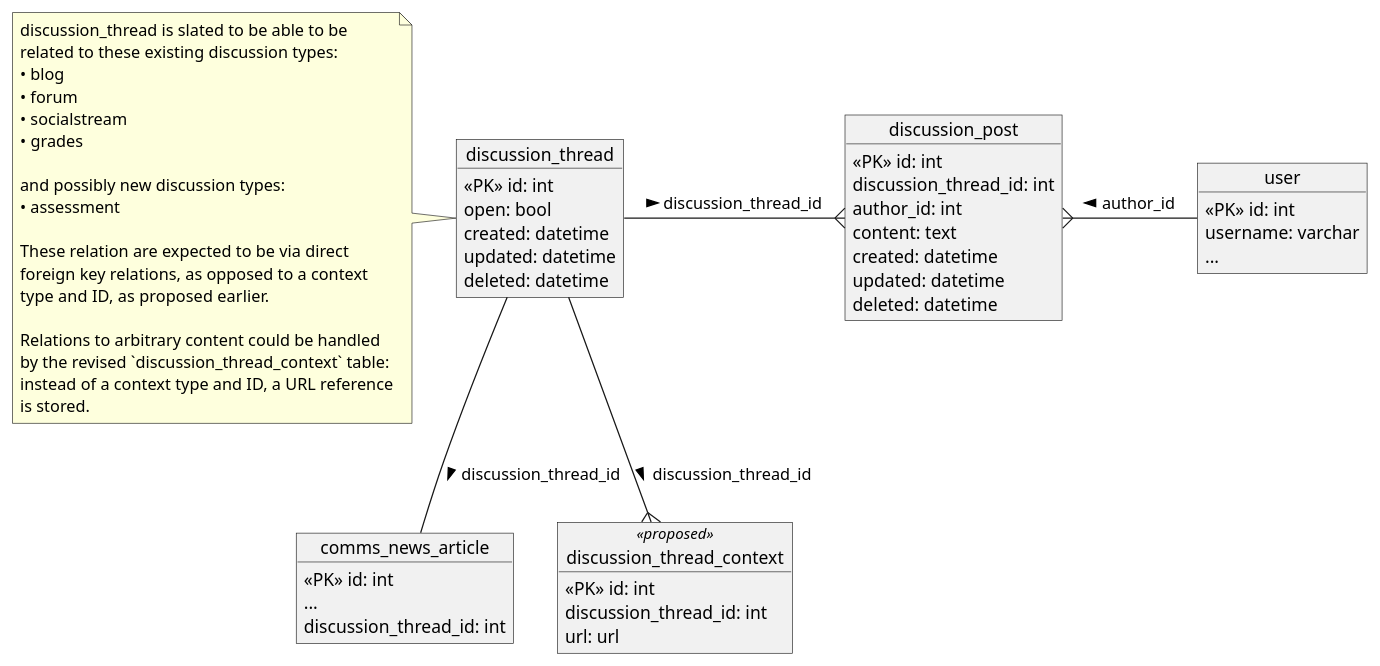
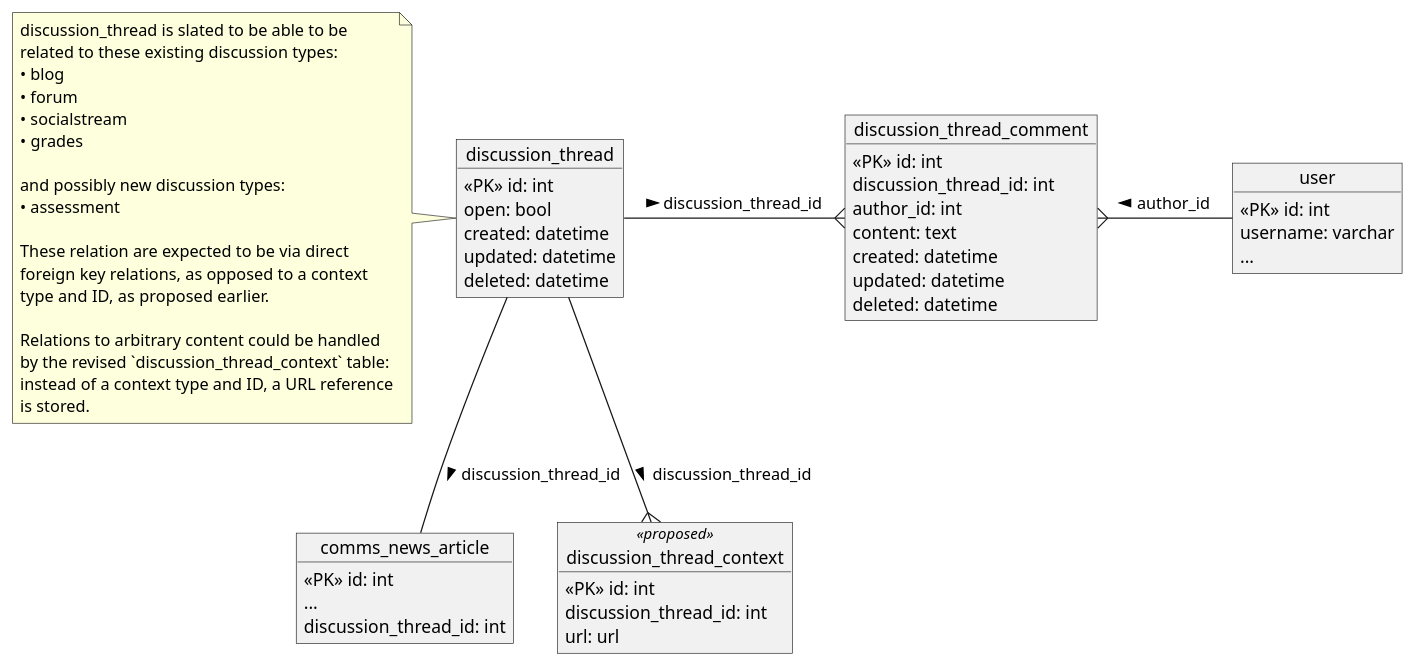
Before and after one commit to juliaattrevisan/schoolbox-api-docs: the diagram in library/Schoolbox/Discussion/database.puml, drawn with PlantUML. The commit also changed 9 other files, not shown here.

```diff
--- a/library/Schoolbox/Discussion/database.puml
+++ b/library/Schoolbox/Discussion/database.puml
@@ -1,71 +1,71 @@
 @startuml
 
 hide empty fields
 hide empty methods
 
 object discussion_thread {
     <<PK>> id: int
     open: bool
     created: datetime
     updated: datetime
     deleted: datetime
 }
 
 note left
 discussion_thread is slated to be able to be
 related to these existing discussion types:
 • blog
 • forum
 • socialstream
 • grades
 
 and possibly new discussion types:
 • assessment
 
 These relation are expected to be via direct
 foreign key relations, as opposed to a context
 type and ID, as proposed earlier.
 
 Relations to arbitrary content could be handled
 by the revised `discussion_thread_context` table:
 instead of a context type and ID, a URL reference
 is stored.
 end note
 
-object discussion_post {
+object discussion_thread_comment {
     <<PK>> id: int
     discussion_thread_id: int
     author_id: int
     content: text
     created: datetime
     updated: datetime
     deleted: datetime
 }
 
 object comms_news_article {
     <<PK>> id: int
     ...
     discussion_thread_id: int
 }
 
 object discussion_thread_context <<proposed>> {
     <<PK>> id: int
     discussion_thread_id: int
     url: url
 }
 
 object user {
     <<PK>> id: int
     username: varchar
     ...
 }
 
-discussion_thread -r-{ discussion_post : discussion_thread_id >
+discussion_thread -r-{ discussion_thread_comment : discussion_thread_id >
 
-discussion_post }-r- user : author_id <
+discussion_thread_comment }-r- user : author_id <
 
 discussion_thread -d- comms_news_article : discussion_thread_id >
 
 discussion_thread -d-{ discussion_thread_context : discussion_thread_id >
 
 @enduml
```
